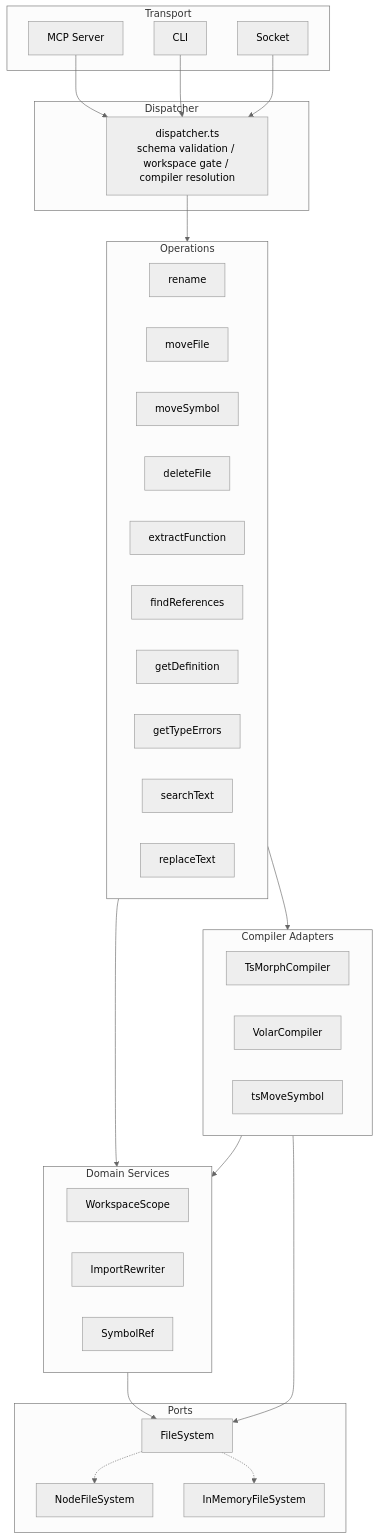
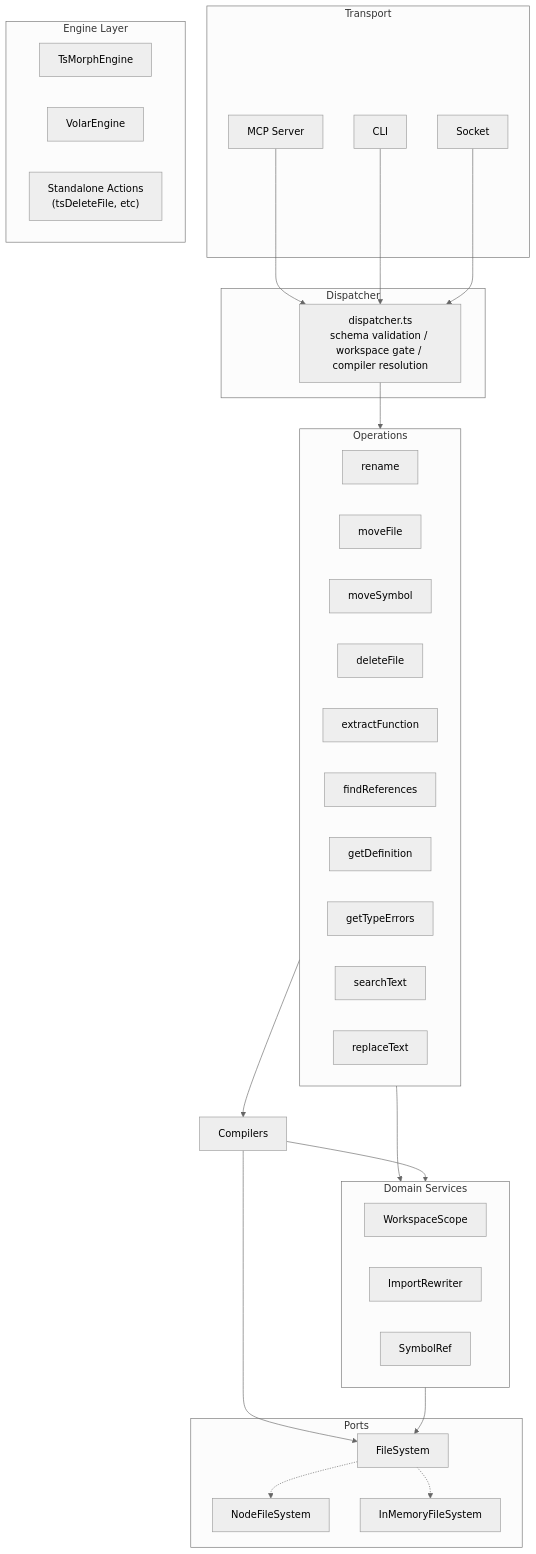
Before and after one commit to yearofthedan/weaver: the first of 2 diagrams in docs/architecture.md, drawn with Mermaid (neutral theme). The commit also changed other lines of this file and 1 other file, not shown here.

Commit message:
docs: update architecture and handoff for Engine layer; capture MCP rename tool bug

````diff
--- a/docs/architecture.md
+++ b/docs/architecture.md
@@ -62,55 +63,55 @@
 ```mermaid
 graph TD
     subgraph Transport
         MCP[MCP Server]
         CLI[CLI]
         Socket[Socket]
     end
 
     subgraph Dispatcher
         D[dispatcher.ts<br/>schema validation / workspace gate / compiler resolution]
     end
 
     subgraph Operations
         rename
         moveFile
         moveSymbol
         deleteFile
         extractFunction
         findReferences
         getDefinition
         getTypeErrors
         searchText
         replaceText
     end
 
     subgraph Domain["Domain Services"]
         WS[WorkspaceScope]
         IR[ImportRewriter]
         SR[SymbolRef]
     end
 
-    subgraph Compilers["Compiler Adapters"]
-        TSC[TsMorphCompiler]
-        VOL[VolarCompiler]
-        TMS[tsMoveSymbol]
+    subgraph Engines["Engine Layer"]
+        TSE[TsMorphEngine]
+        VOE[VolarEngine]
+        TSA["Standalone Actions<br/>(tsDeleteFile, etc)"]
     end
 
     subgraph Ports
         FS[FileSystem]
         NFS[NodeFileSystem]
         IFS[InMemoryFileSystem]
     end
 
     MCP --> D
     CLI --> D
     Socket --> D
     D --> Operations
     Operations --> Domain
     Operations --> Compilers
     Compilers --> Domain
     Domain --> FS
     Compilers --> FS
     FS -.-> NFS
     FS -.-> IFS
 ```
````
